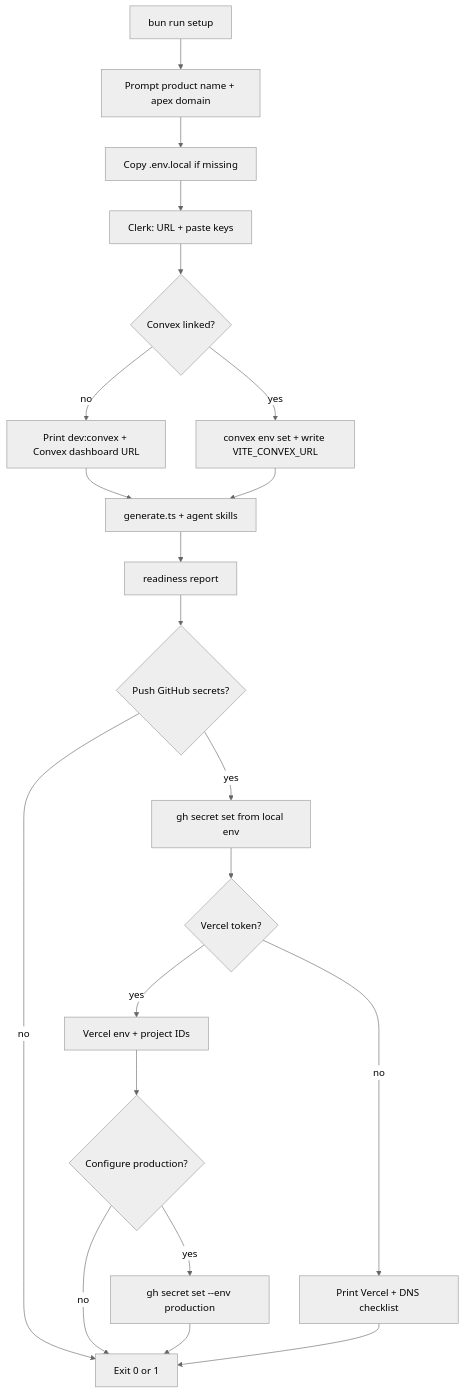
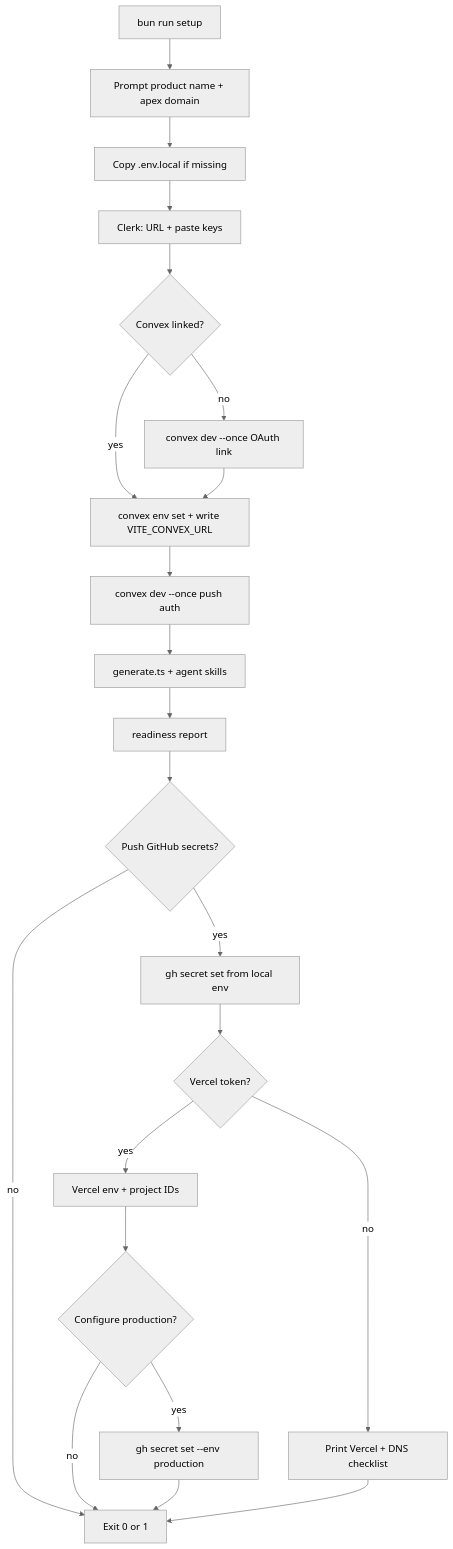
Before and after one commit to PeterHewat/Reactor: the diagram in docs/setup-automation.md, drawn with Mermaid (neutral theme). The commit also changed other lines of this file and 51 other files, not shown here.

````diff
--- a/docs/setup-automation.md
+++ b/docs/setup-automation.md
@@ -147,23 +168,24 @@
 ```mermaid
 flowchart TD
   start[bun run setup] --> identity[Prompt product name + apex domain]
   identity --> scaffold[Copy .env.local if missing]
   scaffold --> clerk[Clerk: URL + paste keys]
   clerk --> convex{Convex linked?}
-  convex -->|no| convexGuide[Print dev:convex + Convex dashboard URL]
+  convex -->|no| convexLink[convex dev --once OAuth link]
   convex -->|yes| convexEnv[convex env set + write VITE_CONVEX_URL]
-  convexGuide --> codegen
-  convexEnv --> codegen[generate.ts + agent skills]
+  convexLink --> convexEnv
+  convexEnv --> convexPush[convex dev --once push auth]
+  convexPush --> codegen[generate.ts + agent skills]
   codegen --> readiness[readiness report]
   readiness --> ci{Push GitHub secrets?}
   ci -->|yes| ghSecrets[gh secret set from local env]
   ci -->|no| done[Exit 0 or 1]
   ghSecrets --> vercel{Vercel token?}
   vercel -->|yes| vercelBootstrap[Vercel env + project IDs]
   vercel -->|no| checklist[Print Vercel + DNS checklist]
   vercelBootstrap --> prod{Configure production?}
   prod -->|yes| prodSecrets[gh secret set --env production]
   prod -->|no| done
   prodSecrets --> done
   checklist --> done
 ```
````
